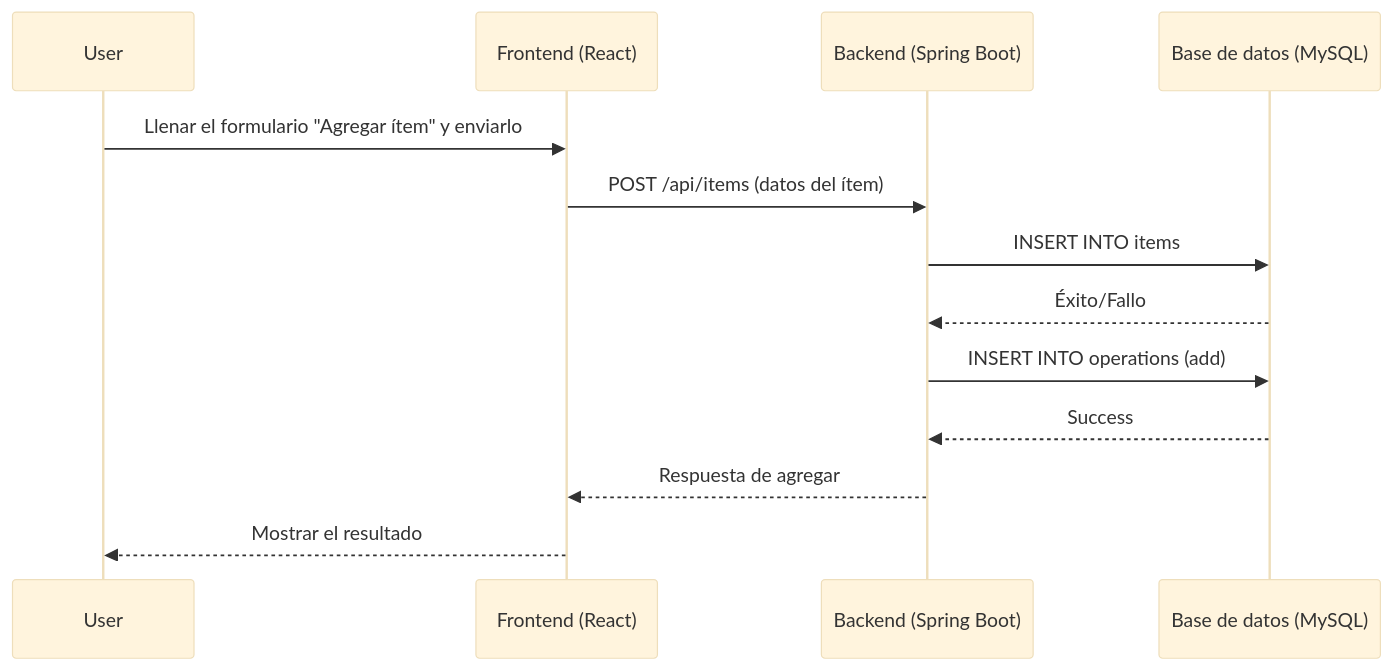
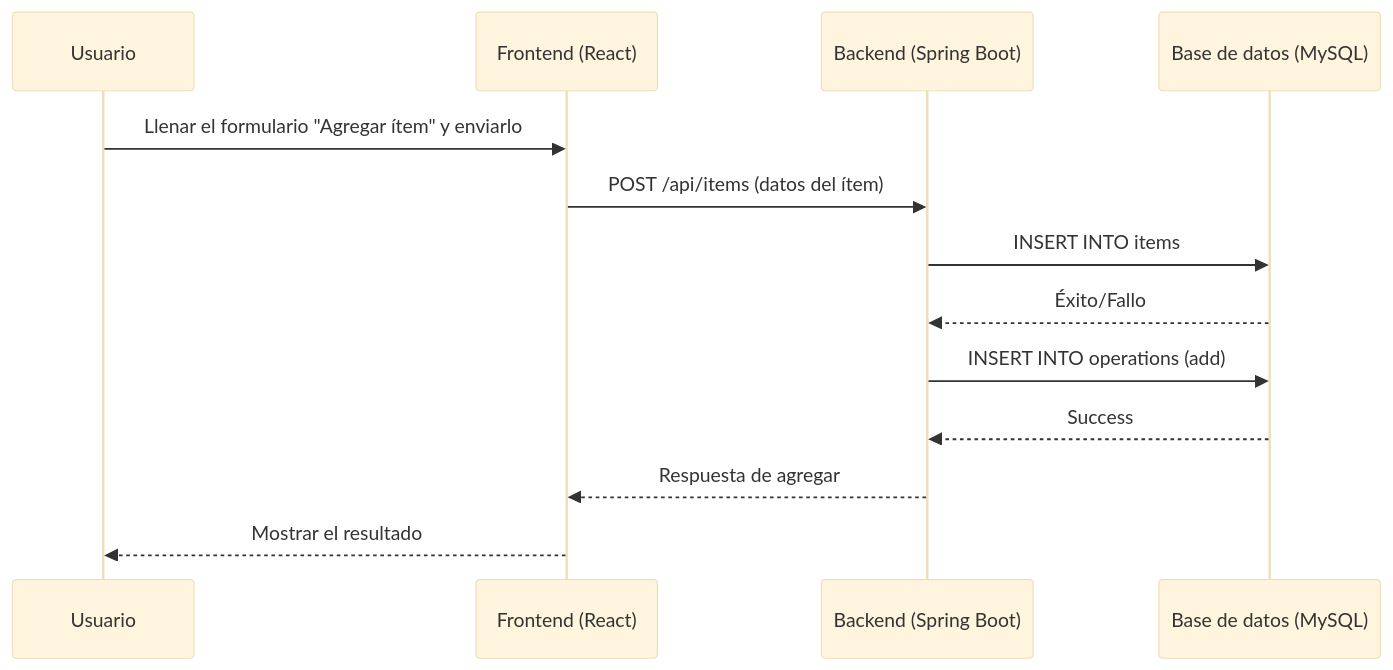
The diagram in docs/diagrams/sequence/add.mermaid (camargomau/inventory), drawn with Mermaid (base theme) before and after one commit. The commit also changed 6 other files, not shown here.

Commit message:
docs: change User to Usuario in sequence diagrams

```diff
--- a/docs/diagrams/sequence/add.mermaid
+++ b/docs/diagrams/sequence/add.mermaid
@@ -1,14 +1,14 @@
 sequenceDiagram
-    participant U as User
+    participant U as Usuario
     participant F as Frontend (React)
     participant B as Backend (Spring Boot)
     participant D as Base de datos (MySQL)
 
     U->>F: Llenar el formulario "Agregar ítem" y enviarlo
     F->>B: POST /api/items (datos del ítem)
     B->>D: INSERT INTO items
     D-->>B: Éxito/Fallo
     B->>D: INSERT INTO operations (add)
     D-->>B: Success
     B-->>F: Respuesta de agregar
     F-->>U: Mostrar el resultado
```
